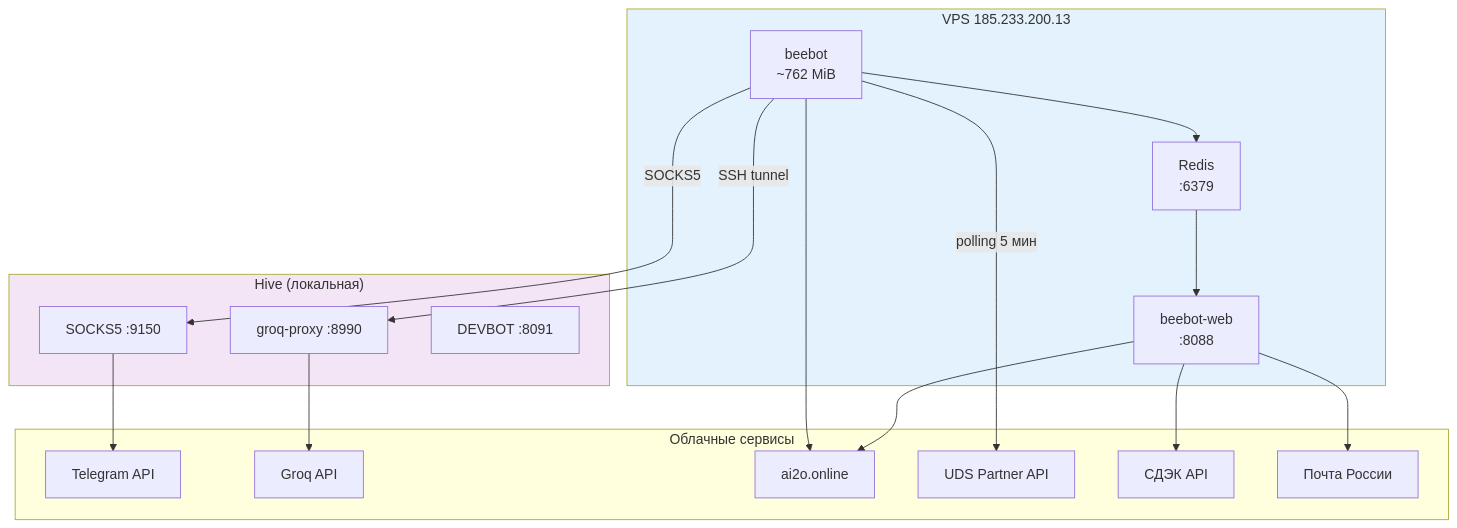
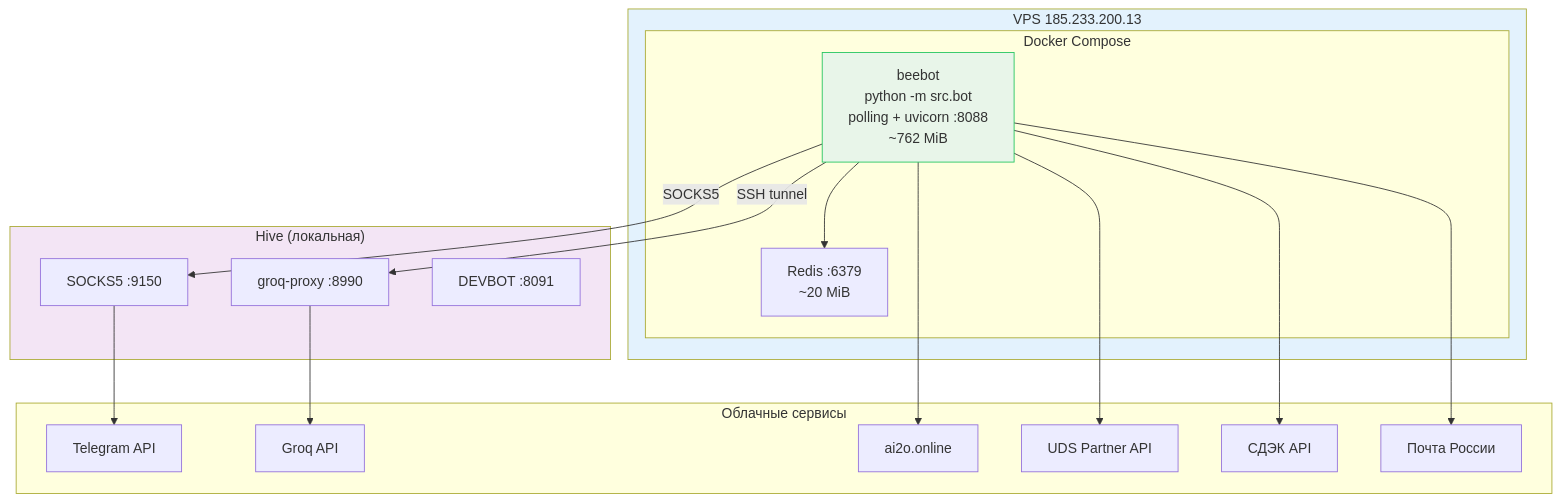
Diagram 11 of 15 in docs/architecture.md (alekseymavai/BEEBOT), drawn with Mermaid before and after one commit. The commit also changed other lines of this file and 42 other files, not shown here.

````diff
--- a/docs/architecture.md
+++ b/docs/architecture.md
@@ -246,33 +454,34 @@
 ```mermaid
 graph TB
     subgraph VPS["VPS 185.233.200.13"]
-        BOT_C["beebot<br/>~762 MiB"]
-        WEB_C["beebot-web<br/>:8088"]
-        REDIS_C["Redis<br/>:6379"]
+        subgraph DOCKER["Docker Compose"]
+            BOT_C["beebot<br/>python -m src.bot<br/>polling + uvicorn :8088<br/>~762 MiB"]
+            REDIS_C["Redis :6379<br/>~20 MiB"]
+        end
     end
 
     subgraph HIVE["Hive (локальная)"]
         GROQ_P["groq-proxy :8990"]
         SOCKS["SOCKS5 :9150"]
         DEVBOT_C["DEVBOT :8091"]
     end
 
     subgraph CLOUD["Облачные сервисы"]
         TG_API["Telegram API"]
         GROQ_API["Groq API"]
         CRM_V2_C["ai2o.online"]
         UDS_C["UDS Partner API"]
         CDEK["СДЭК API"]
         POCHTA["Почта России"]
     end
 
     BOT_C -->|"SSH tunnel"| GROQ_P --> GROQ_API
     BOT_C -->|"SOCKS5"| SOCKS --> TG_API
-    BOT_C --> REDIS_C --> WEB_C
-    BOT_C & WEB_C --> CRM_V2_C
-    BOT_C -->|"polling 5 мин"| UDS_C
-    WEB_C --> CDEK & POCHTA
+    BOT_C --> REDIS_C
+    BOT_C --> CRM_V2_C
+    BOT_C --> UDS_C & CDEK & POCHTA
 
     style VPS fill:#e3f2fd
     style HIVE fill:#f3e5f5
+    style BOT_C fill:#e8f5e9,stroke:#22c55e
 ```
````
